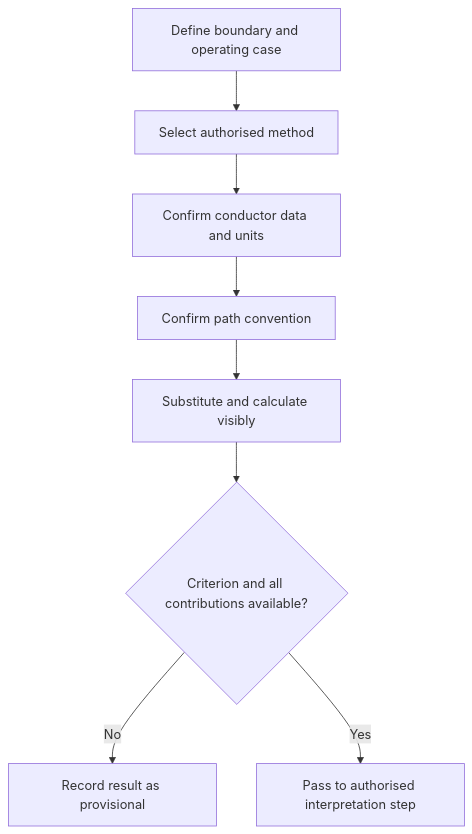
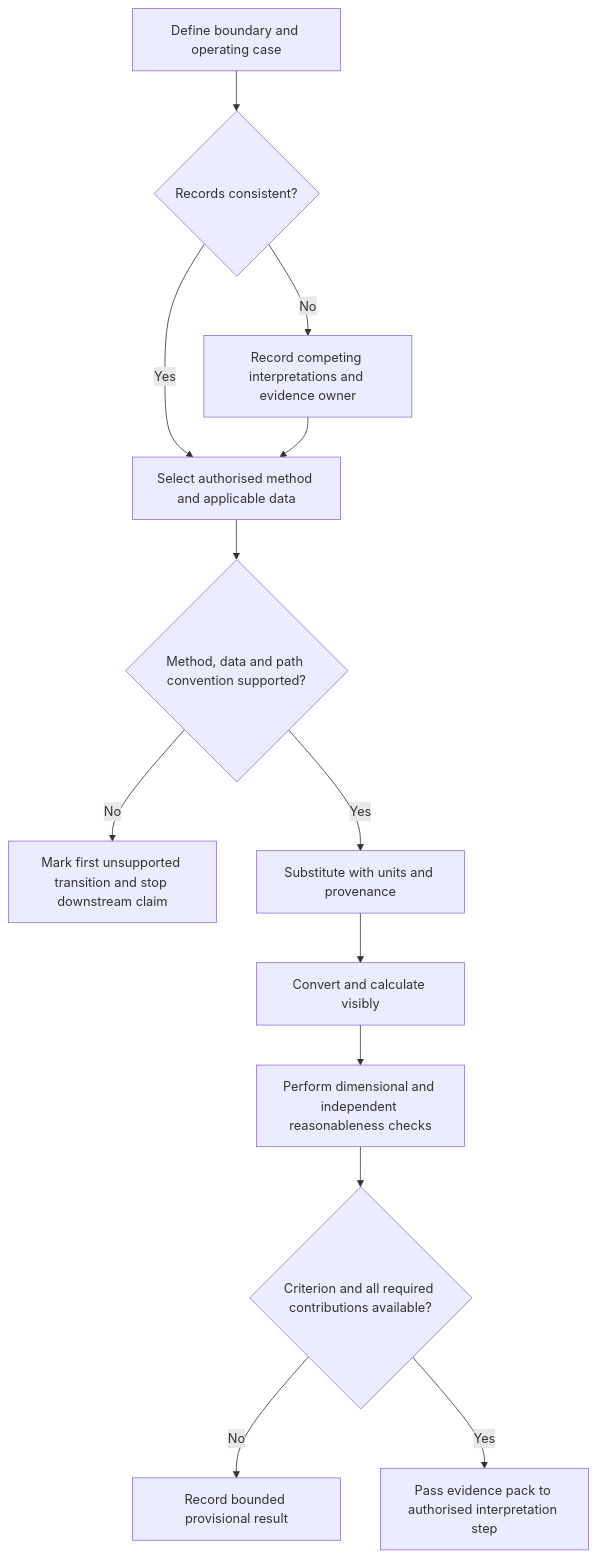
The first of 2 diagrams in docs/learning-plans/12-week/modules/day-29-voltage-drop-concepts-and-calculation-structure.md (andrew3stedall/capstone), drawn with Mermaid before and after one commit. The commit also changed other lines of this file, not shown here.

Commit message:
Improve Day 29 voltage-drop learning evidence

````diff
--- a/docs/learning-plans/12-week/modules/day-29-voltage-drop-concepts-and-calculation-structure.md
+++ b/docs/learning-plans/12-week/modules/day-29-voltage-drop-concepts-and-calculation-structure.md
@@ -76,10 +102,15 @@
 ```mermaid
 flowchart TD
-    A["Define boundary and operating case"] --> B["Select authorised method"]
-    B --> C["Confirm conductor data and units"]
-    C --> D["Confirm path convention"]
-    D --> E["Substitute and calculate visibly"]
-    E --> F{"Criterion and all contributions available?"}
-    F -->|"No"| G["Record result as provisional"]
-    F -->|"Yes"| H["Pass to authorised interpretation step"]
+    A["Define boundary and operating case"] --> B{"Records consistent?"}
+    B -->|"No"| C["Record competing interpretations and evidence owner"]
+    B -->|"Yes"| D["Select authorised method and applicable data"]
+    C --> D
+    D --> E{"Method, data and path convention supported?"}
+    E -->|"No"| F["Mark first unsupported transition and stop downstream claim"]
+    E -->|"Yes"| G["Substitute with units and provenance"]
+    G --> H["Convert and calculate visibly"]
+    H --> I["Perform dimensional and independent reasonableness checks"]
+    I --> J{"Criterion and all required contributions available?"}
+    J -->|"No"| K["Record bounded provisional result"]
+    J -->|"Yes"| L["Pass evidence pack to authorised interpretation step"]
 ```
````
